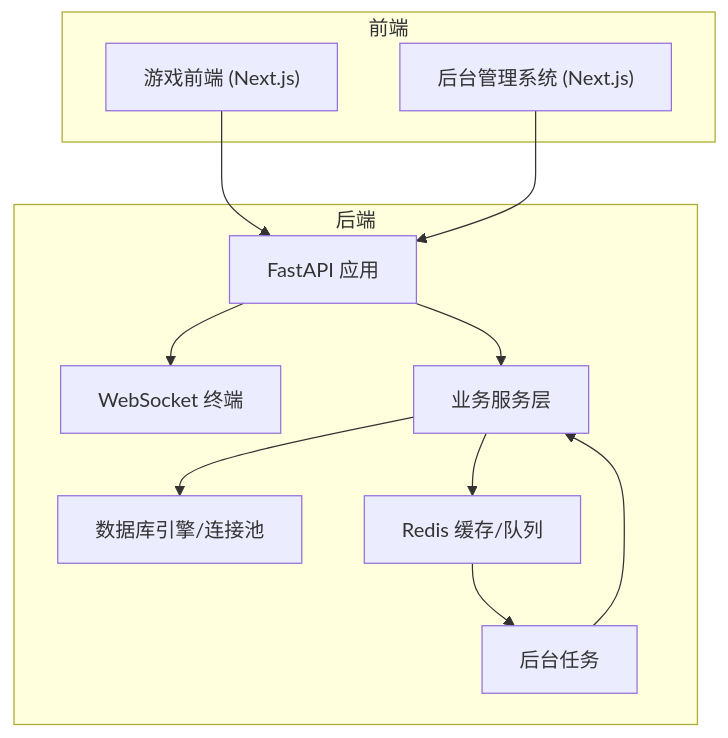
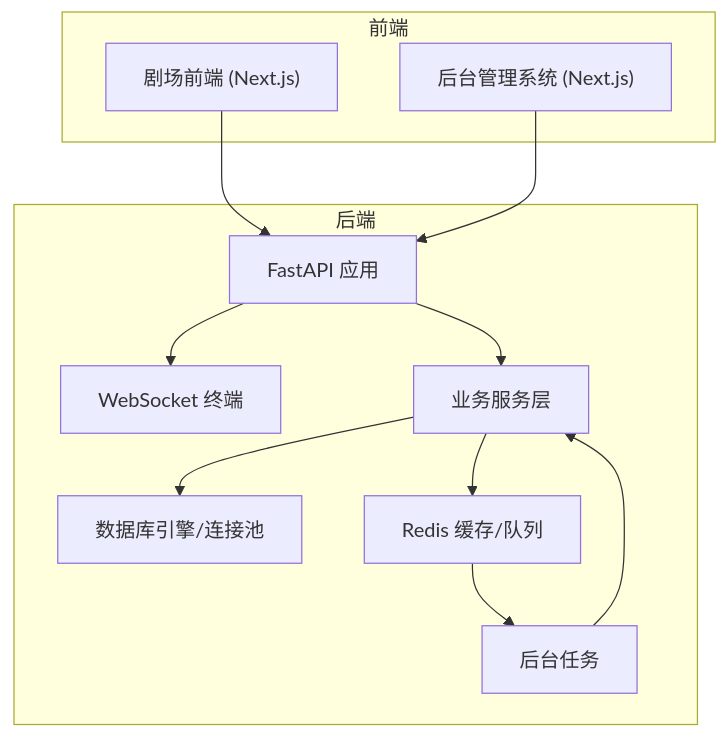
The second of 3 diagrams in .qoder/repowiki/zh/content/部署指南/监控告警/告警规则配置.md (KunLabAI/KunFlix), drawn with Mermaid before and after one commit. The commit also changed 112 other files, not shown here.

````diff
--- a/.qoder/repowiki/zh/content/部署指南/监控告警/告警规则配置.md
+++ b/.qoder/repowiki/zh/content/部署指南/监控告警/告警规则配置.md
@@ -103,23 +103,23 @@
 ```mermaid
 graph TB
 subgraph "前端"
-GC["游戏前端 (Next.js)"]
+GC["剧场前端 (Next.js)"]
 AD["后台管理系统 (Next.js)"]
 end
 subgraph "后端"
 FA["FastAPI 应用"]
 WS["WebSocket 终端"]
 SV["业务服务层"]
 DBM["数据库引擎/连接池"]
 RED["Redis 缓存/队列"]
 TK["后台任务"]
 end
 GC --> FA
 AD --> FA
 FA --> WS
 FA --> SV
 SV --> DBM
 SV --> RED
 RED --> TK
 TK --> SV
 ```
````
